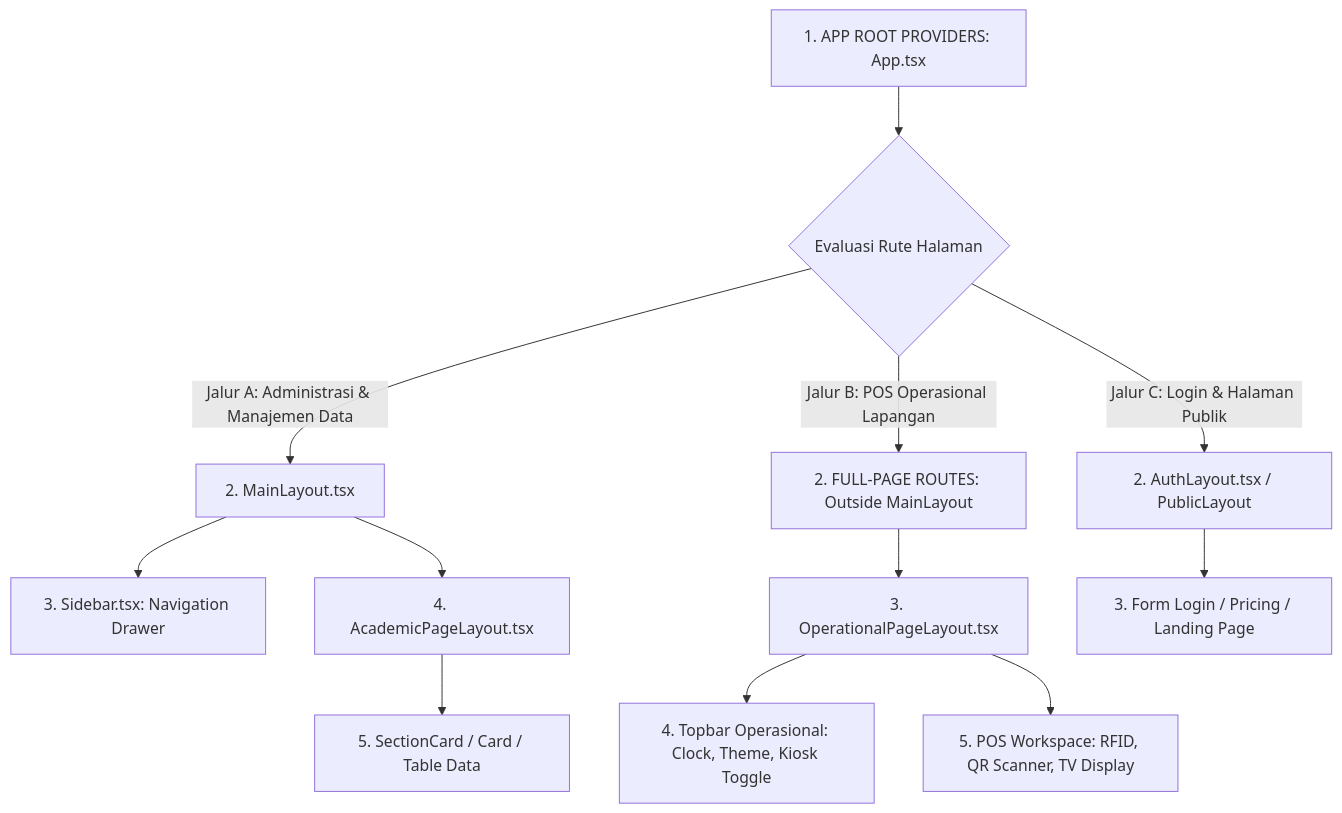
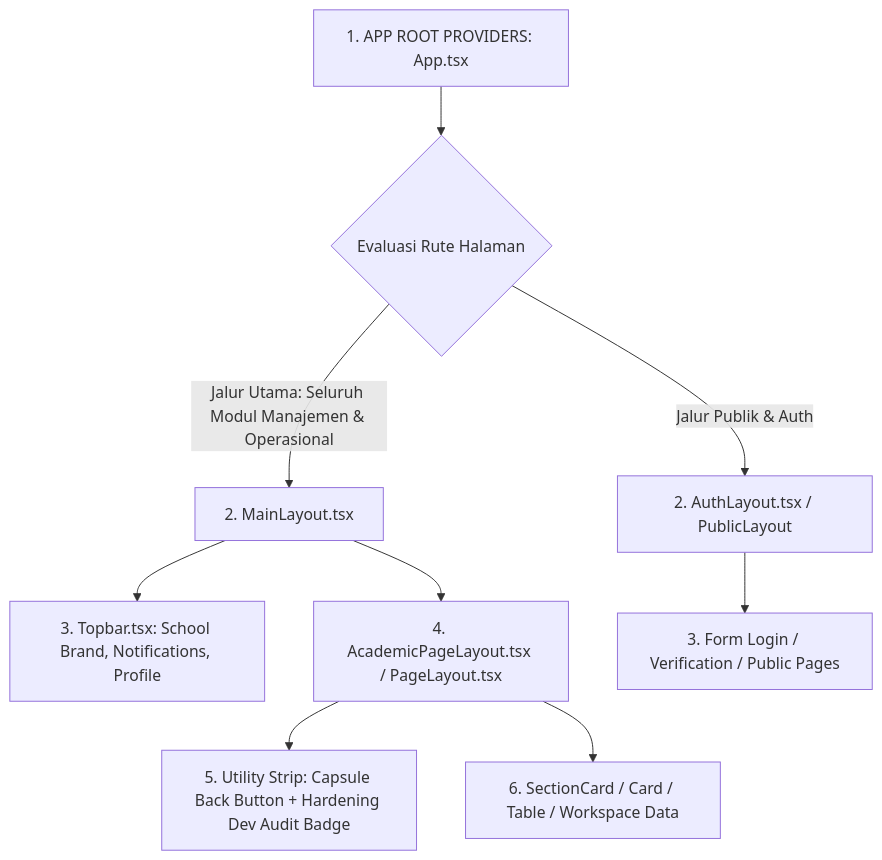
The diagram in docs/layout_architecture_guide.md (sharemovie1993/Project-Absenta), drawn with Mermaid before and after one commit. The commit also changed other lines of this file and 36 other files, not shown here.

Commit message:
feat: modernize academic page layout, standardize piket routing, and streamline kbm monitoring stat cards

````diff
--- a/docs/layout_architecture_guide.md
+++ b/docs/layout_architecture_guide.md
@@ -11,20 +11,15 @@
 ```mermaid
 graph TD
     Root[1. APP ROOT PROVIDERS: App.tsx] --> Routing{Evaluasi Rute Halaman}
     
-    %% JALUR 1
-    Routing -->|Jalur A: Administrasi & Manajemen Data| MainLayoutWrapper[2. MainLayout.tsx]
-    MainLayoutWrapper --> SidebarComp[3. Sidebar.tsx: Navigation Drawer]
-    MainLayoutWrapper --> AcademicLayout[4. AcademicPageLayout.tsx]
-    AcademicLayout --> AcademicContent[5. SectionCard / Card / Table Data]
+    %% JALUR 1: APLIKASI UTAMA
+    Routing -->|Jalur Utama: Seluruh Modul Manajemen & Operasional| MainLayoutWrapper[2. MainLayout.tsx]
+    MainLayoutWrapper --> TopbarComp[3. Topbar.tsx: School Brand, Notifications, Profile]
+    MainLayoutWrapper --> AcademicLayout[4. AcademicPageLayout.tsx / PageLayout.tsx]
+    AcademicLayout --> NavAuditStrip[5. Utility Strip: Capsule Back Button + Hardening Dev Audit Badge]
+    AcademicLayout --> AcademicContent[6. SectionCard / Card / Table / Workspace Data]
     
-    %% JALUR 2
-    Routing -->|Jalur B: POS Operasional Lapangan| FullPageWrapper[2. FULL-PAGE ROUTES: Outside MainLayout]
-    FullPageWrapper --> OperationalLayout[3. OperationalPageLayout.tsx]
-    OperationalLayout --> OpTopbar[4. Topbar Operasional: Clock, Theme, Kiosk Toggle]
-    OperationalLayout --> OpContent[5. POS Workspace: RFID, QR Scanner, TV Display]
-
-    %% JALUR 3
-    Routing -->|Jalur C: Login & Halaman Publik| AuthWrapper[2. AuthLayout.tsx / PublicLayout]
-    AuthWrapper --> AuthContent[3. Form Login / Pricing / Landing Page]
+    %% JALUR 2: AUTENTIKASI & PUBLIK
+    Routing -->|Jalur Publik & Auth| AuthWrapper[2. AuthLayout.tsx / PublicLayout]
+    AuthWrapper --> AuthContent[3. Form Login / Verification / Public Pages]
 ```
````
